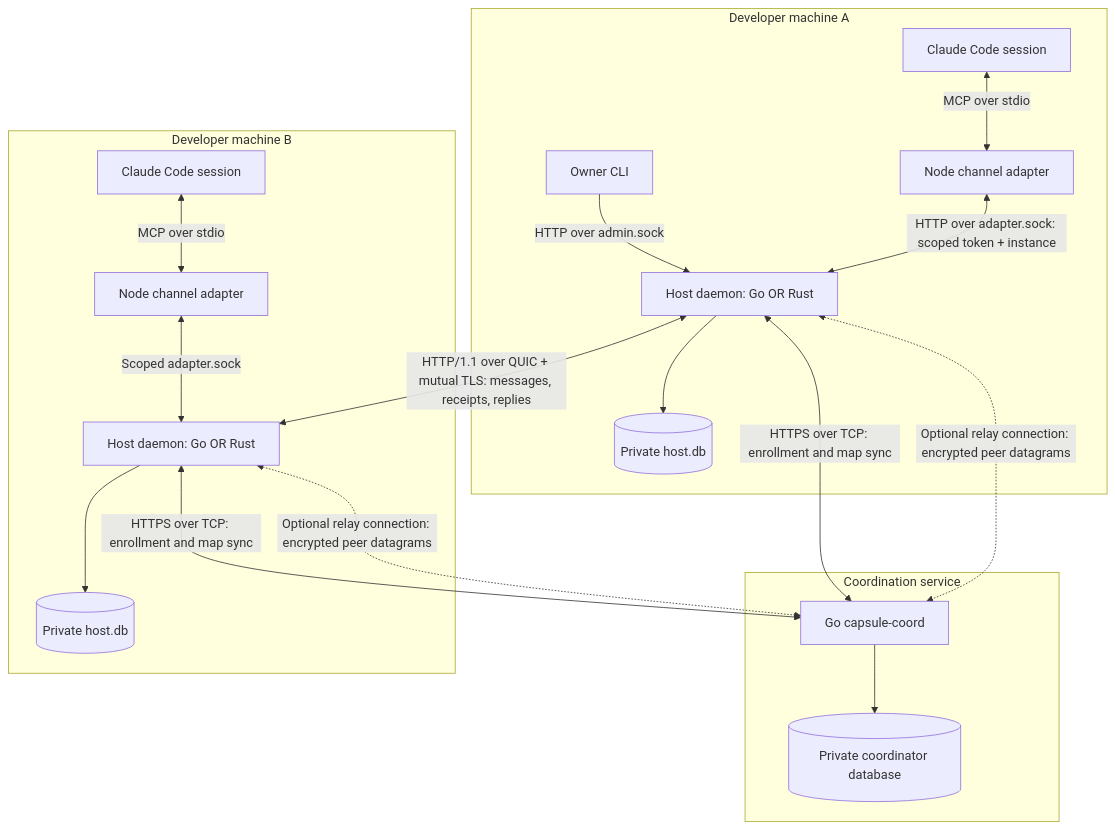
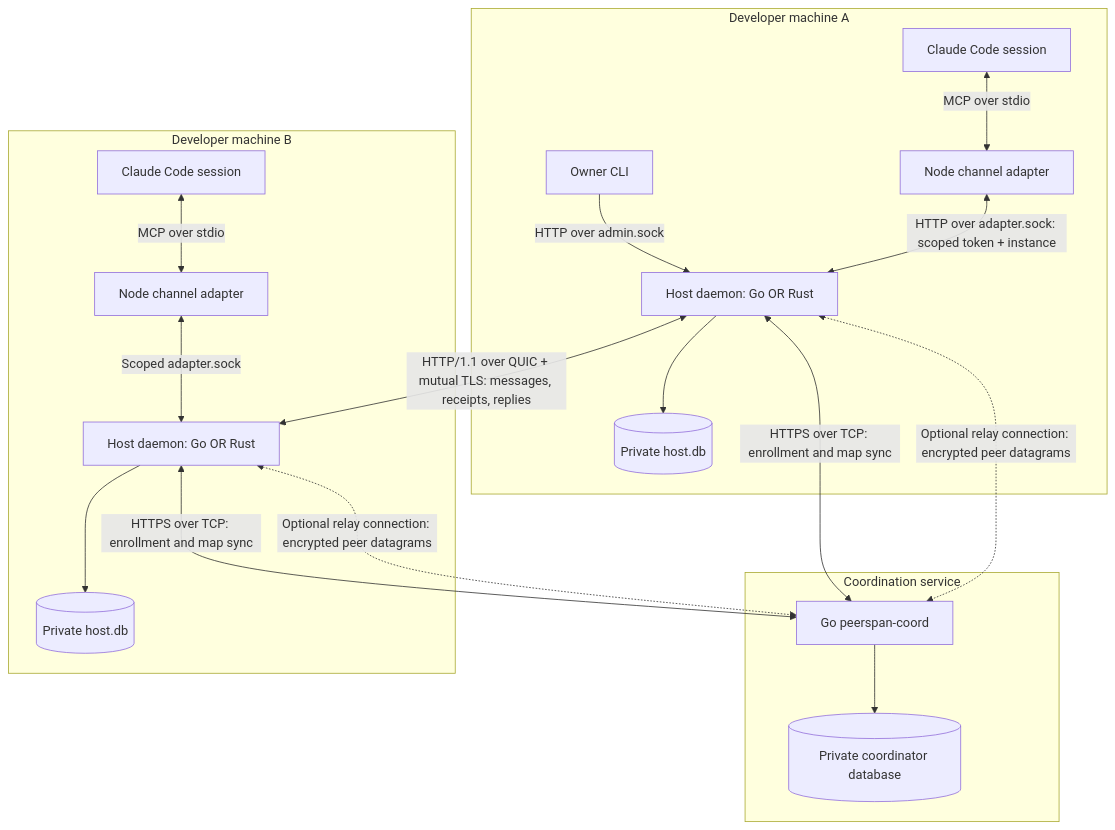
Before and after one commit to peerspan/peerspan: the first of 9 diagrams in docs/architecture-onboarding.md, drawn with Mermaid. The commit also changed other lines of this file and 22 other files, not shown here.

First line of the commit message:
Rename Capsule to Peerspan in the contracts and docs

````diff
--- a/docs/architecture-onboarding.md
+++ b/docs/architecture-onboarding.md
@@ -18,33 +18,33 @@
 ```mermaid
 flowchart TB
     subgraph A[Developer machine A]
         CLI[Owner CLI]
         SessionA[Claude Code session]
         AdapterA[Node channel adapter]
         HostA[Host daemon: Go OR Rust]
         DBA[(Private host.db)]
         CLI -->|HTTP over admin.sock| HostA
         SessionA <-->|MCP over stdio| AdapterA
         AdapterA <-->|HTTP over adapter.sock: scoped token + instance| HostA
         HostA --> DBA
     end
     subgraph C[Coordination service]
-        Coord[Go capsule-coord]
+        Coord[Go peerspan-coord]
         DBC[(Private coordinator database)]
         Coord --> DBC
     end
     subgraph B[Developer machine B]
         HostB[Host daemon: Go OR Rust]
         DBB[(Private host.db)]
         AdapterB[Node channel adapter]
         SessionB[Claude Code session]
         HostB --> DBB
         AdapterB <-->|Scoped adapter.sock| HostB
         SessionB <-->|MCP over stdio| AdapterB
     end
     HostA <-->|HTTP/1.1 over QUIC + mutual TLS: messages, receipts, replies| HostB
     HostA <-->|HTTPS over TCP: enrollment and map sync| Coord
     HostB <-->|HTTPS over TCP: enrollment and map sync| Coord
     HostA <-.->|Optional relay connection: encrypted peer datagrams| Coord
     HostB <-.->|Optional relay connection: encrypted peer datagrams| Coord
 ```
````
